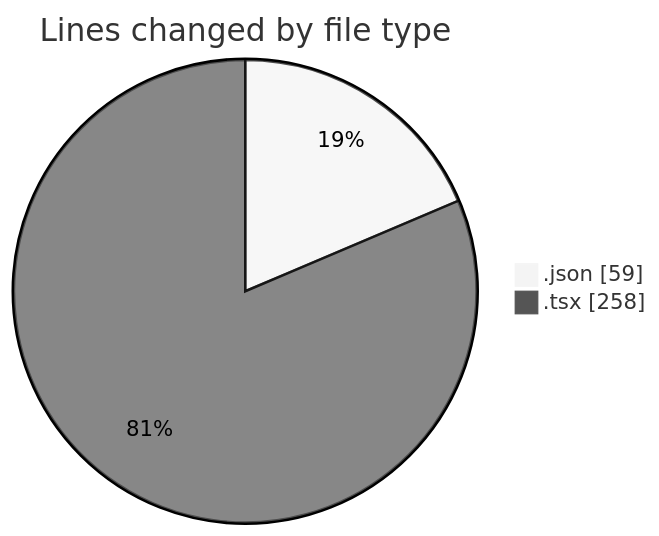
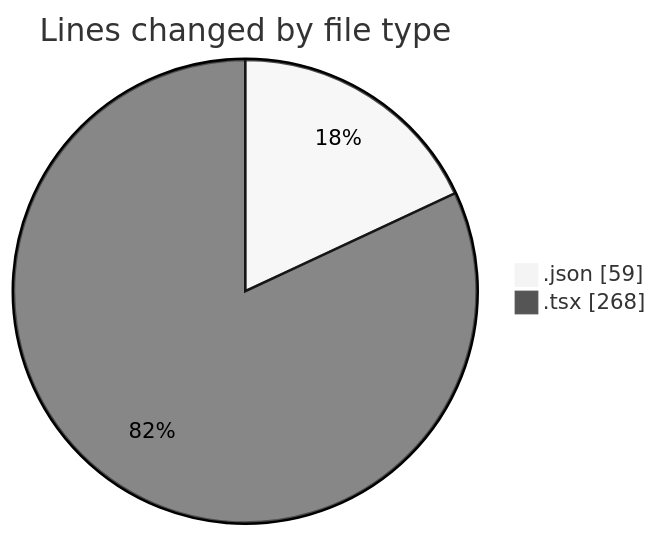
One commit to momahboobian/code-tracking changed the first of 2 diagrams in 2025-11-19/cda/README.md. Above: the diagram before and after it, drawn with Mermaid (neutral theme). The commit also changed other lines of this file and 1 other file, not shown here.

````diff
--- a/2025-11-19/cda/README.md
+++ b/2025-11-19/cda/README.md
@@ -21,6 +21,6 @@
 ```mermaid
 pie showData
 title Lines changed by file type
 ".json" : 59
-".tsx" : 258
+".tsx" : 268
 ```
````
